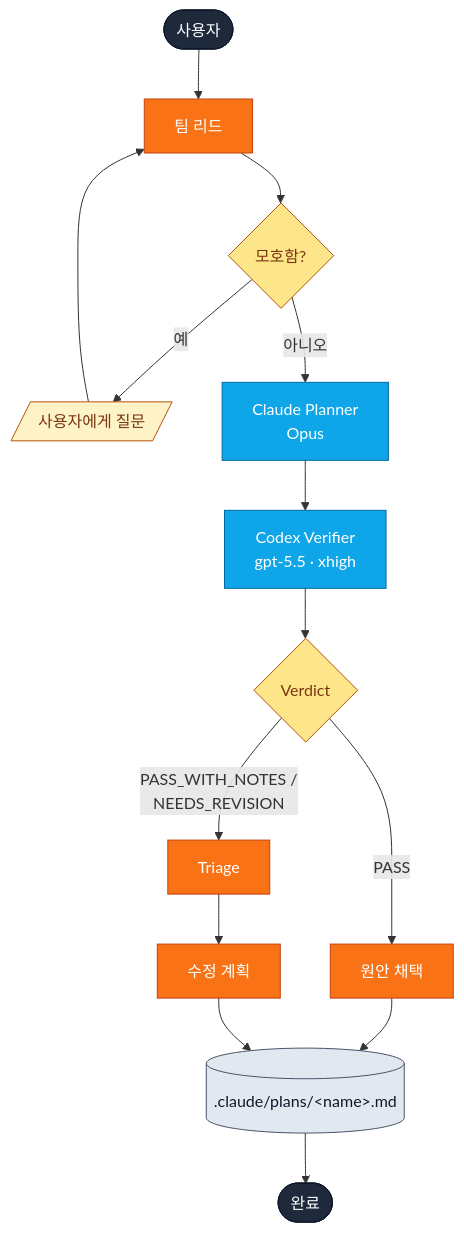
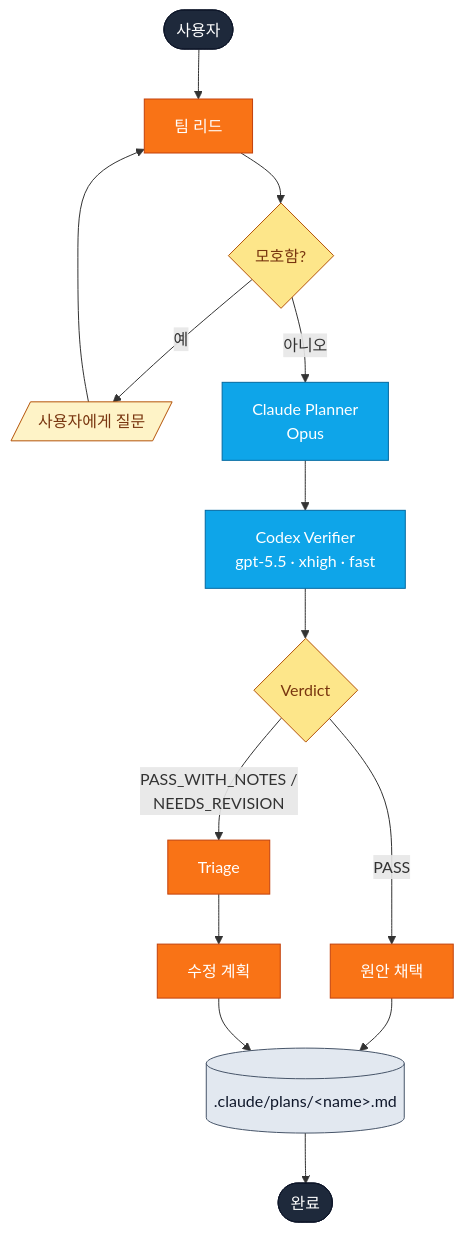
The first of 2 diagrams in docs/skills/plan-verify.ko.md (yunmango/yunmango-claude-plugins), drawn with Mermaid before and after one commit. The commit also changed other lines of this file and 6 other files, not shown here.

First line of the commit message:
feat(skills): adopt bundled codex script with fast mode for plan-verify

````diff
--- a/docs/skills/plan-verify.ko.md
+++ b/docs/skills/plan-verify.ko.md
@@ -44,21 +44,21 @@
 ```mermaid
 flowchart TD
     User([사용자]):::actor --> Lead[팀 리드]:::lead
     Lead --> Q{모호함?}:::decision
     Q -- 예 --> Ask[/사용자에게 질문/]:::io --> Lead
     Q -- 아니오 --> CP[Claude Planner<br/>Opus]:::agent
-    CP --> CV[Codex Verifier<br/>gpt-5.5 · xhigh]:::agent
+    CP --> CV[Codex Verifier<br/>gpt-5.5 · xhigh · fast]:::agent
     CV --> V{Verdict}:::decision
     V -- PASS --> Adopt[원안 채택]:::lead
     V -- "PASS_WITH_NOTES /<br/>NEEDS_REVISION" --> Triage[Triage]:::lead --> Build[수정 계획]:::lead
     Adopt --> Save[(.claude/plans/&lt;name&gt;.md)]:::store
     Build --> Save
     Save --> Done([완료]):::actor
 
     classDef actor fill:#1e293b,color:#fff,stroke:#0f172a;
     classDef lead fill:#f97316,color:#fff,stroke:#c2410c;
     classDef agent fill:#0ea5e9,color:#fff,stroke:#0369a1;
     classDef decision fill:#fde68a,color:#78350f,stroke:#b45309;
     classDef io fill:#fef3c7,color:#78350f,stroke:#b45309;
     classDef store fill:#e2e8f0,color:#0f172a,stroke:#475569;
 ```
````
